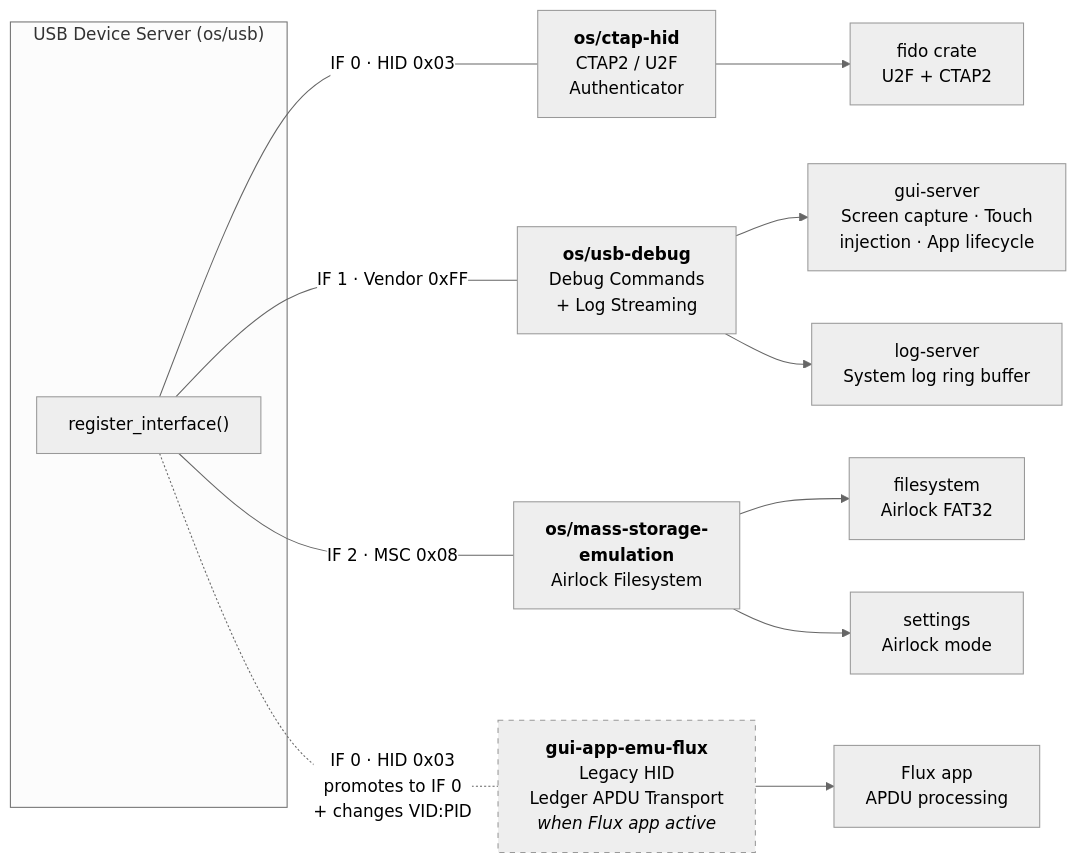
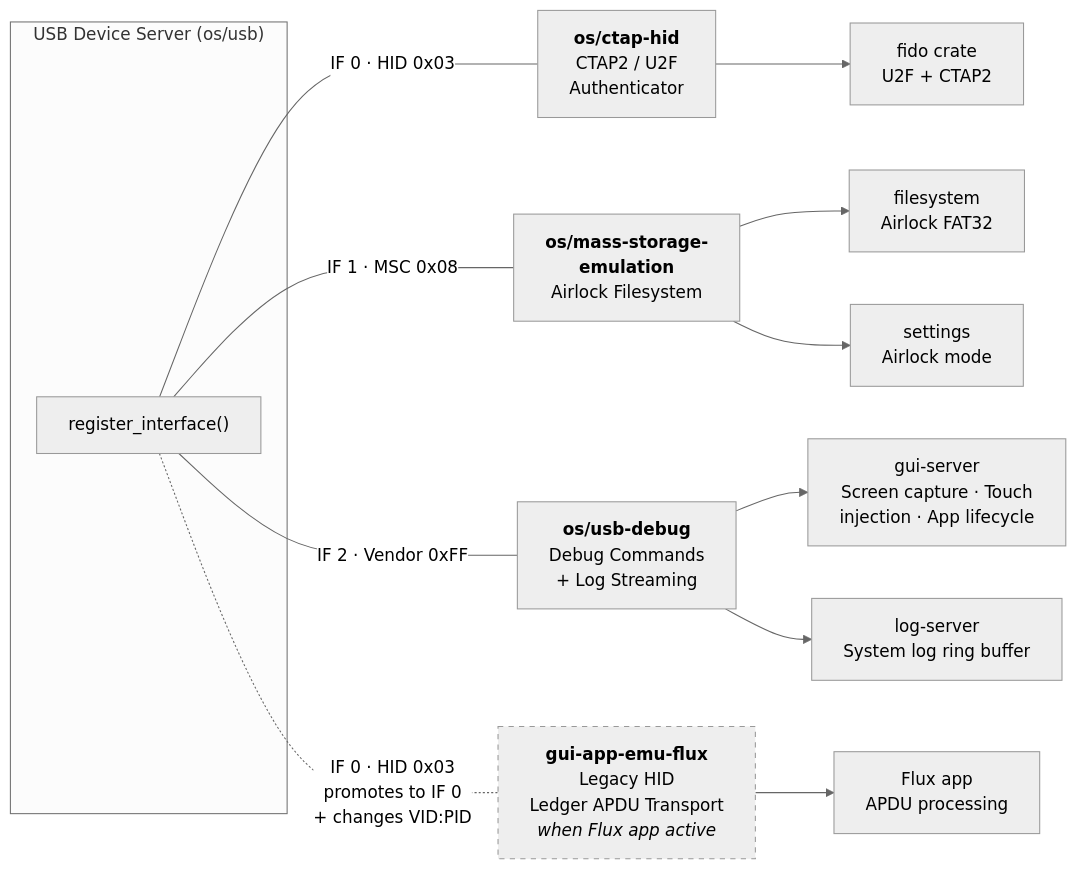
Before and after one commit to Foundation-Devices/KeyOS: the third of 4 diagrams in docs/usb-architecture.md, drawn with Mermaid (neutral theme). The commit also changed other lines of this file and 70 other files, not shown here.

````diff
--- a/docs/usb-architecture.md
+++ b/docs/usb-architecture.md
@@ -115,32 +119,32 @@
 ```mermaid
 graph LR
     subgraph "USB Device Server (os/usb)"
         USB["register_interface()"]
     end
 
     CTAP["<b>os/ctap-hid</b><br/>CTAP2 / U2F<br/>Authenticator"]
     DBG["<b>os/usb-debug</b><br/>Debug Commands<br/>+ Log Streaming"]
     MSE["<b>os/mass-storage-<br/>emulation</b><br/>Airlock Filesystem"]
     FLUX["<b>gui-app-emu-flux</b><br/>Legacy HID<br/>Ledger APDU Transport<br/><i>when Flux app active</i>"]
 
     USB -- "IF 0 · HID 0x03" --- CTAP
-    USB -- "IF 1 · Vendor 0xFF" --- DBG
-    USB -- "IF 2 · MSC 0x08" --- MSE
+    USB -- "IF 1 · MSC 0x08" --- MSE
+    USB -- "IF 2 · Vendor 0xFF" --- DBG
     USB -. "IF 0 · HID 0x03<br/>promotes to IF 0<br/>+ changes VID:PID" .- FLUX
 
     FIDO["fido crate<br/>U2F + CTAP2"]
     GUI["gui-server<br/>Screen capture · Touch<br/>injection · App lifecycle"]
     LOG["log-server<br/>System log ring buffer"]
     FS["filesystem<br/>Airlock FAT32"]
     SETTINGS["settings<br/>Airlock mode"]
     SEPH["Flux app<br/>APDU processing"]
 
     CTAP --> FIDO
     DBG --> GUI
     DBG --> LOG
     MSE --> FS
     MSE --> SETTINGS
     FLUX --> SEPH
 
     style FLUX stroke-dasharray: 5 5
 ```
````
